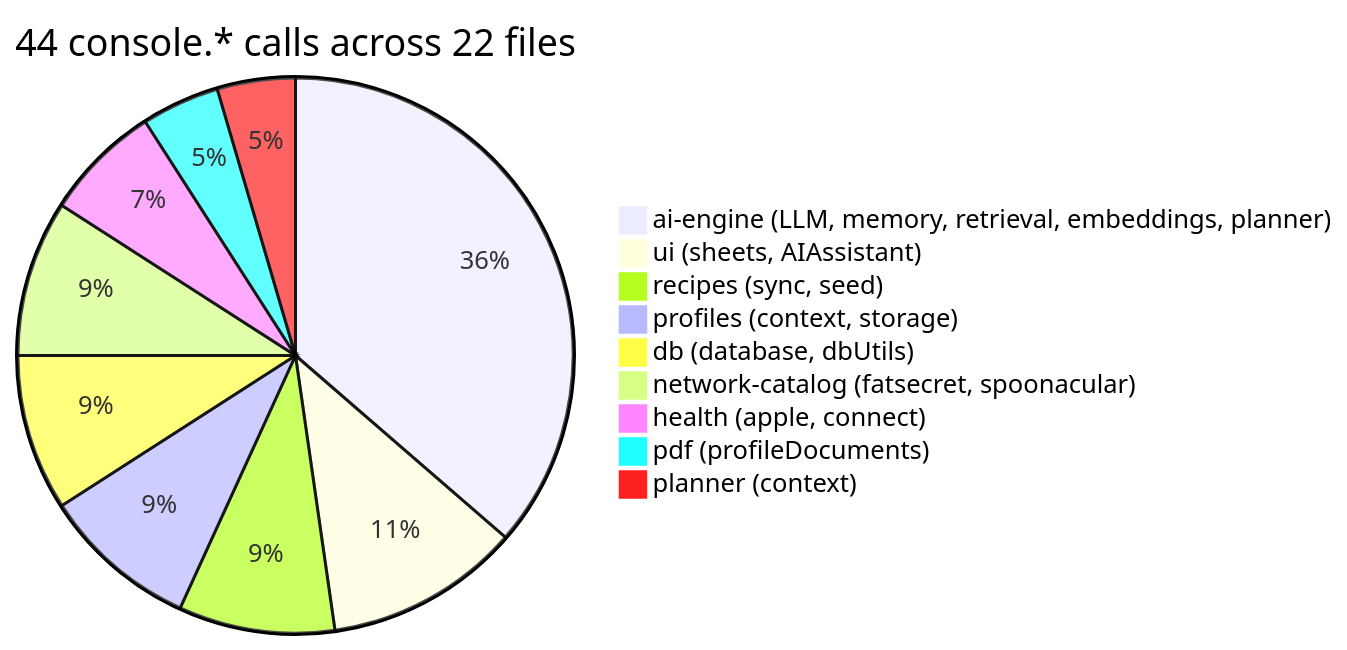
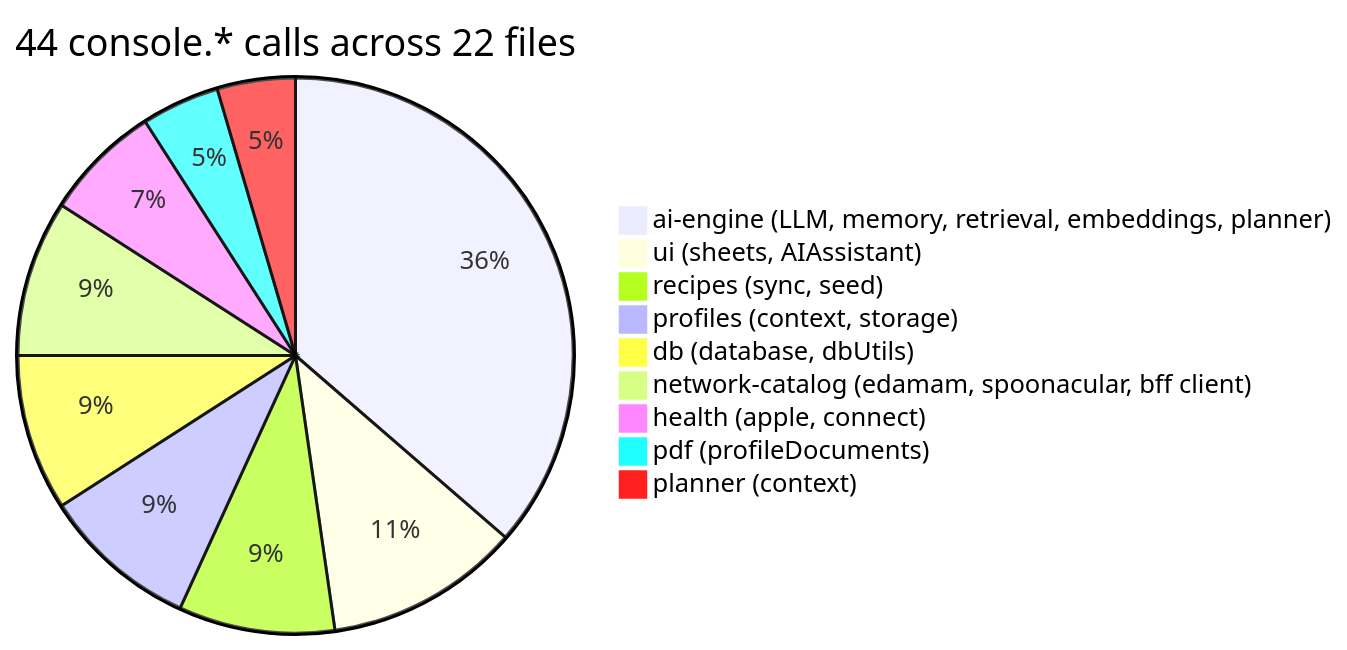
One commit to antonionc/nutrIAssistant changed diagram 20 of 24 in docs/data-architecture/11-diagrams.md. Above: the diagram before and after it, drawn with Mermaid. The commit also changed other lines of this file and 18 other files, not shown here.

First line of the commit message:
Code review pass: extract shared BFF client, sweep docs, add tests

````diff
--- a/docs/data-architecture/11-diagrams.md
+++ b/docs/data-architecture/11-diagrams.md
@@ -1001,12 +1001,12 @@
 ```mermaid
 pie title 44 console.* calls across 22 files
     "ai-engine (LLM, memory, retrieval, embeddings, planner)" : 16
     "ui (sheets, AIAssistant)" : 5
     "recipes (sync, seed)" : 4
     "profiles (context, storage)" : 4
     "db (database, dbUtils)" : 4
-    "network-catalog (fatsecret, spoonacular)" : 4
+    "network-catalog (edamam, spoonacular, bff client)" : 4
     "health (apple, connect)" : 3
     "pdf (profileDocuments)" : 2
     "planner (context)" : 2
 ```
````
